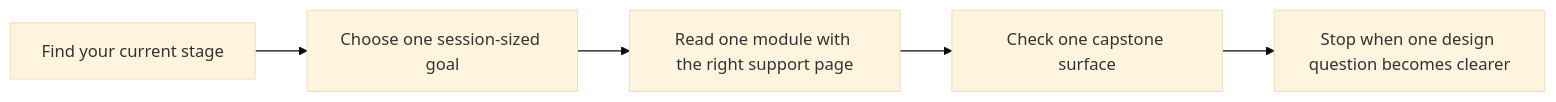
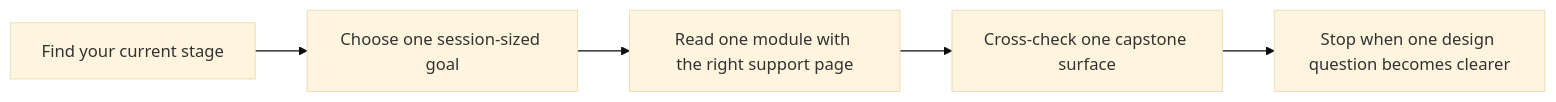
The second of 2 diagrams in programs/python-programming/python-object-oriented-programming/course-book/guides/course-guide.md (bijux/bijux-masterclass), drawn with Mermaid (base theme) before and after one commit. The commit also changed other lines of this file, not shown here.

Commit message:
docs(oop): make the module arc usable in one session

````diff
--- a/programs/python-programming/python-object-oriented-programming/course-book/guides/course-guide.md
+++ b/programs/python-programming/python-object-oriented-programming/course-book/guides/course-guide.md
@@ -19,7 +18,7 @@
 ```mermaid
 flowchart LR
-  stage["Find your current stage"] --> day["Choose one session-sized goal"]
-  day --> module["Read one module with the right support page"]
-  module --> capstone["Check one capstone surface"]
+  stage["Find your current stage"] --> goal["Choose one session-sized goal"]
+  goal --> module["Read one module with the right support page"]
+  module --> capstone["Cross-check one capstone surface"]
   capstone --> exit["Stop when one design question becomes clearer"]
 ```
````
